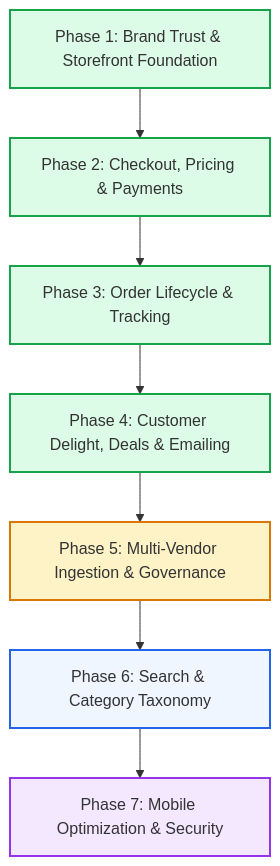
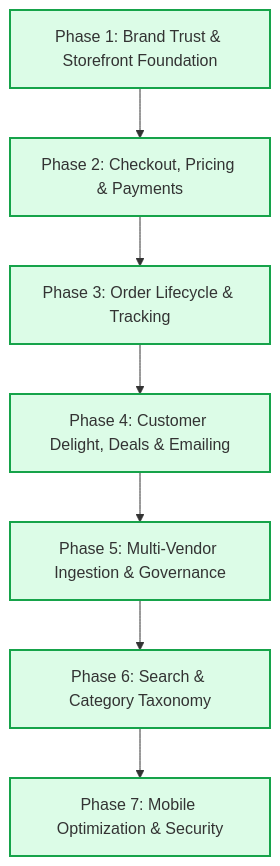
Before and after one commit to kojowiafe-dev/NextDor: the diagram in PROJECT_PHASES_AND_ROADMAP.md, drawn with Mermaid. The commit also changed other lines of this file and 26 other files, not shown here.

````diff
--- a/PROJECT_PHASES_AND_ROADMAP.md
+++ b/PROJECT_PHASES_AND_ROADMAP.md
@@ -14,17 +14,17 @@
 ```mermaid
 graph TD
     P1[Phase 1: Brand Trust & Storefront Foundation] --> P2[Phase 2: Checkout, Pricing & Payments]
     P2 --> P3[Phase 3: Order Lifecycle & Tracking]
     P3 --> P4[Phase 4: Customer Delight, Deals & Emailing]
     P4 --> P5[Phase 5: Multi-Vendor Ingestion & Governance]
     P5 --> P6[Phase 6: Search & Category Taxonomy]
     P6 --> P7[Phase 7: Mobile Optimization & Security]
     
     style P1 fill:#dcfce7,stroke:#16a34a,stroke-width:2px
     style P2 fill:#dcfce7,stroke:#16a34a,stroke-width:2px
     style P3 fill:#dcfce7,stroke:#16a34a,stroke-width:2px
     style P4 fill:#dcfce7,stroke:#16a34a,stroke-width:2px
-    style P5 fill:#fef3c7,stroke:#d97706,stroke-width:2px
-    style P6 fill:#eff6ff,stroke:#2563eb,stroke-width:2px
-    style P7 fill:#f3e8ff,stroke:#9333ea,stroke-width:2px
+    style P5 fill:#dcfce7,stroke:#16a34a,stroke-width:2px
+    style P6 fill:#dcfce7,stroke:#16a34a,stroke-width:2px
+    style P7 fill:#dcfce7,stroke:#16a34a,stroke-width:2px
 ```
````
